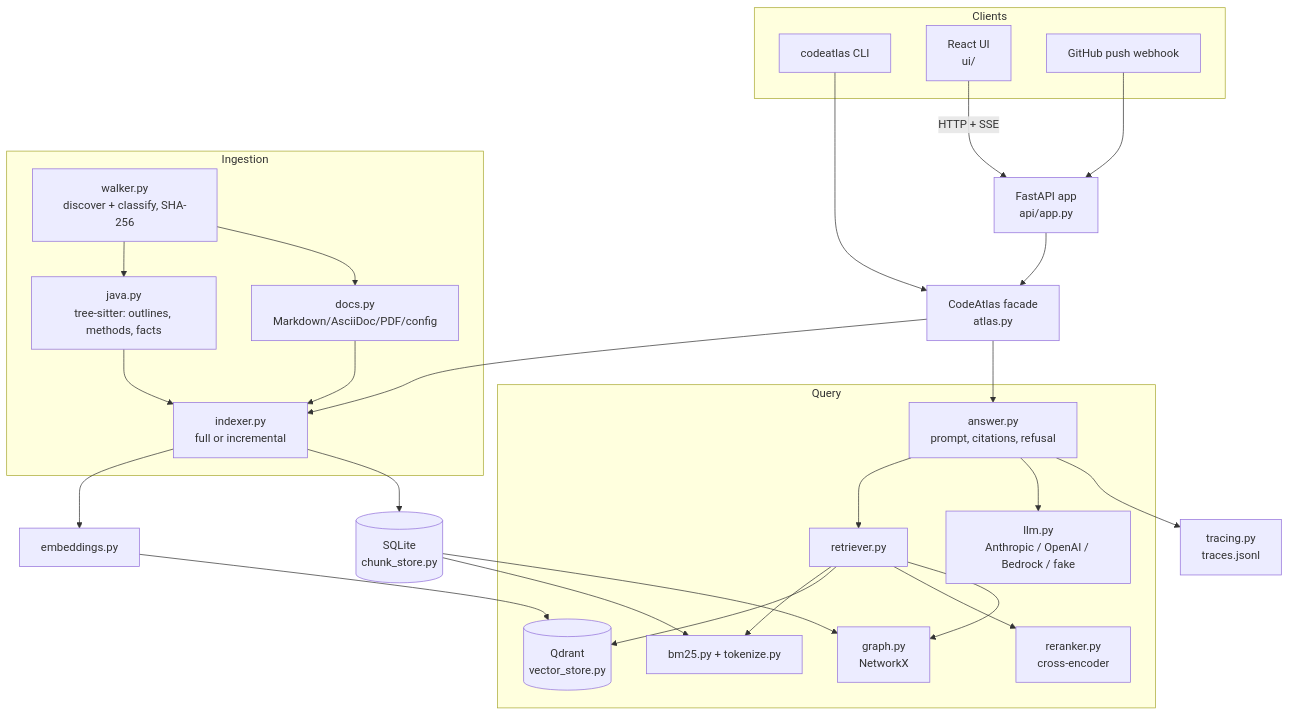
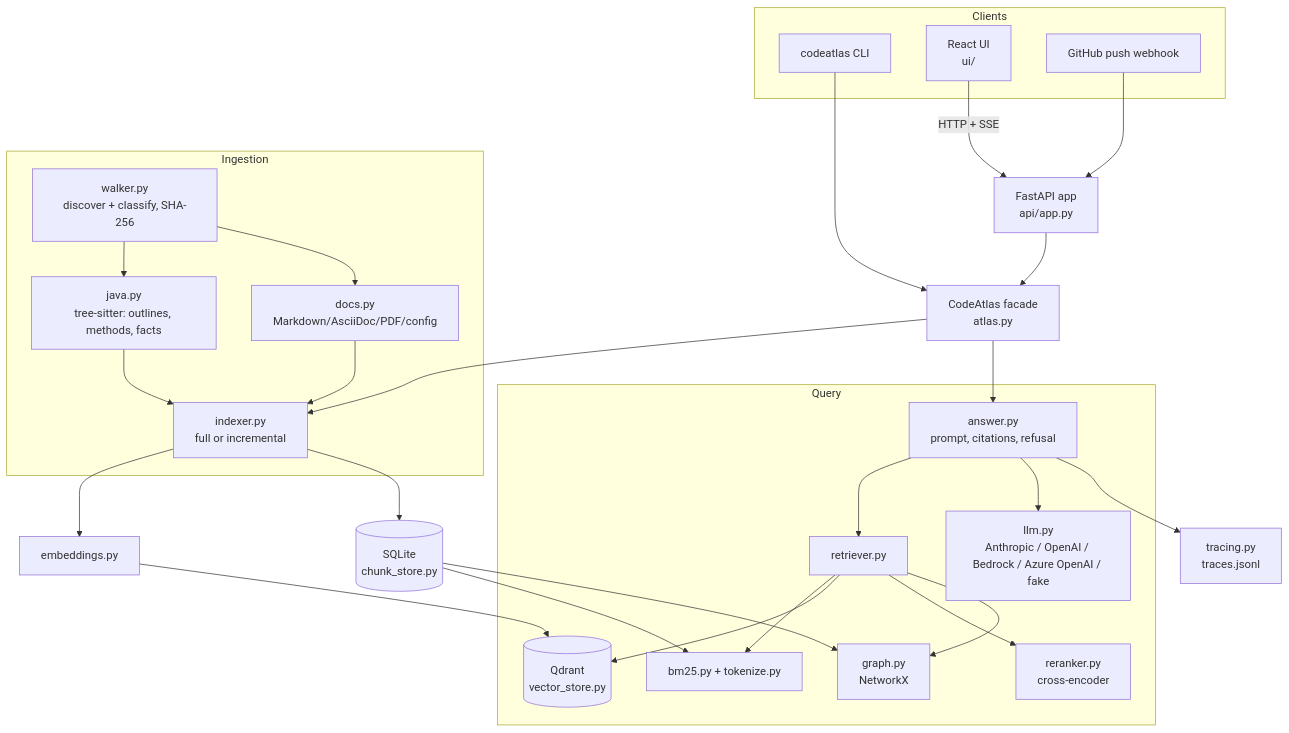
Before and after one commit to aakashsiwach/codeatlas-rag: the diagram in docs/architecture.md, drawn with Mermaid. The commit also changed other lines of this file and 6 other files, not shown here.

First line of the commit message:
Document Azure OpenAI and the Azure deploy

````diff
--- a/docs/architecture.md
+++ b/docs/architecture.md
@@ -7,35 +7,35 @@
 ```mermaid
 flowchart TB
     subgraph Clients
         CLI[codeatlas CLI]
         UI[React UI<br/>ui/]
         HOOK[GitHub push webhook]
     end
     CLI --> FACADE
     UI -->|HTTP + SSE| API[FastAPI app<br/>api/app.py]
     HOOK --> API
     API --> FACADE[CodeAtlas facade<br/>atlas.py]
 
     subgraph Ingestion
         WALK[walker.py<br/>discover + classify, SHA-256] --> JAVA[java.py<br/>tree-sitter: outlines, methods, facts]
         WALK --> DOCS[docs.py<br/>Markdown/AsciiDoc/PDF/config]
         JAVA --> IDX[indexer.py<br/>full or incremental]
         DOCS --> IDX
     end
     FACADE --> IDX
     IDX --> EMB[embeddings.py] --> VEC[(Qdrant<br/>vector_store.py)]
     IDX --> SQL[(SQLite<br/>chunk_store.py)]
 
     subgraph Query
         RET[retriever.py] --> BM25[bm25.py + tokenize.py]
         RET --> VEC
         RET --> RR[reranker.py<br/>cross-encoder]
         RET --> GRAPH[graph.py<br/>NetworkX]
         ENG[answer.py<br/>prompt, citations, refusal] --> RET
-        ENG --> LLM[llm.py<br/>Anthropic / OpenAI / Bedrock / fake]
+        ENG --> LLM[llm.py<br/>Anthropic / OpenAI / Bedrock / Azure OpenAI / fake]
     end
     FACADE --> ENG
     SQL --> BM25
     SQL --> GRAPH
     ENG --> TR[tracing.py<br/>traces.jsonl]
 ```
````
